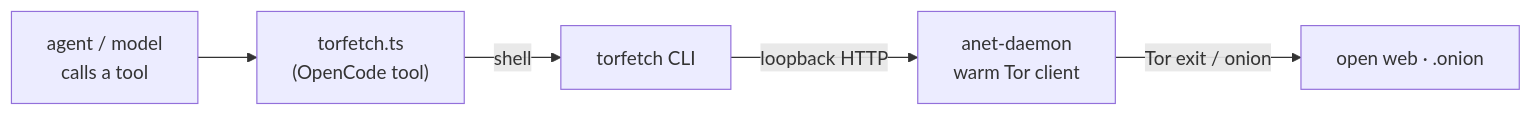
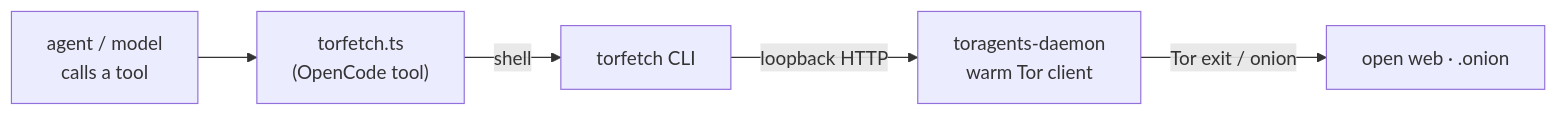
The third of 4 diagrams in README.md (TryCaspian/tor-for-agents), drawn with Mermaid before and after one commit. The commit also changed other lines of this file and 39 other files, not shown here.

First line of the commit message:
rename project: anet -> Tor for Agents (package: toragents)

````diff
--- a/README.md
+++ b/README.md
@@ -325,7 +325,7 @@
 ```mermaid
 flowchart LR
     M["agent / model<br/>calls a tool"] --> T["torfetch.ts<br/>(OpenCode tool)"]
     T -->|shell| C["torfetch CLI"]
-    C -->|loopback HTTP| D["anet-daemon<br/>warm Tor client"]
+    C -->|loopback HTTP| D["toragents-daemon<br/>warm Tor client"]
     D -->|Tor exit / onion| W["open web · .onion"]
 ```
````
